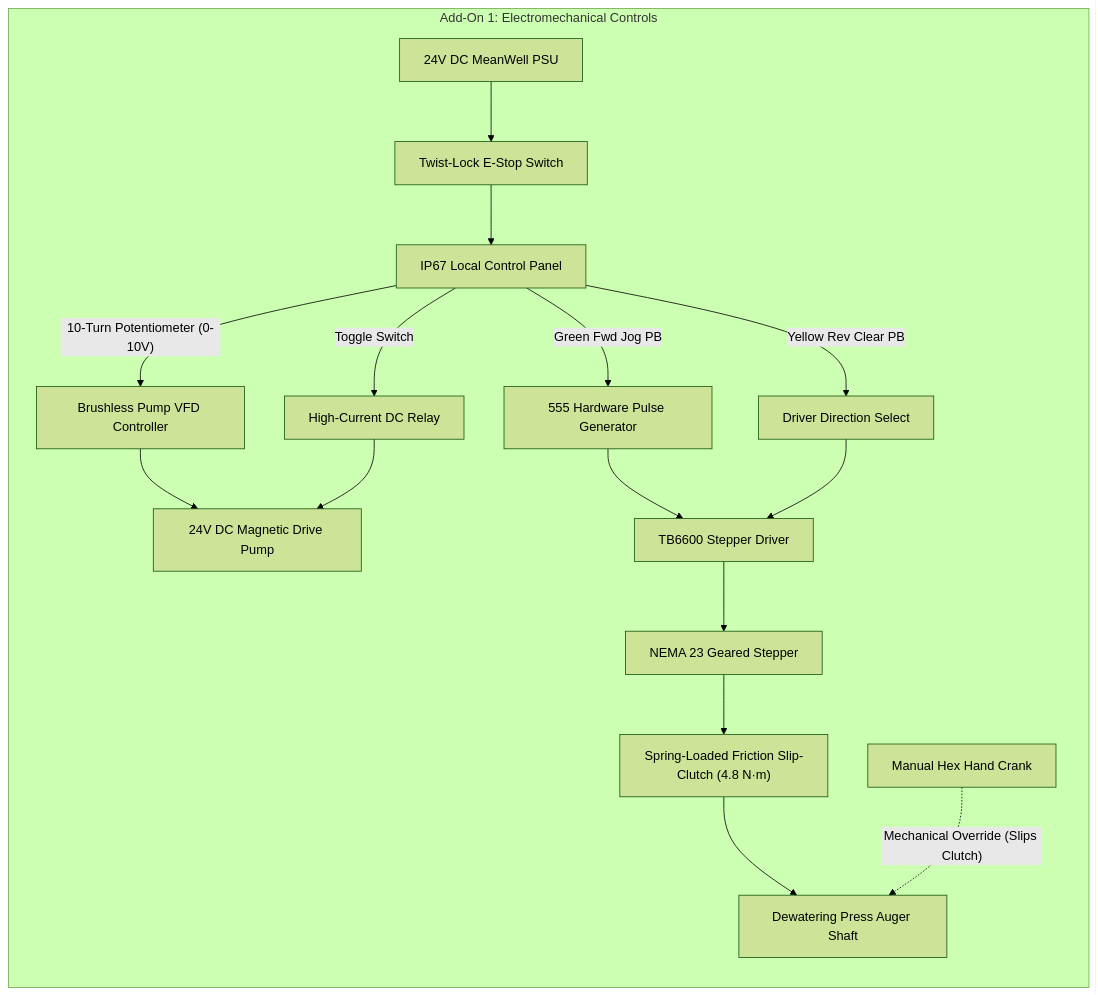
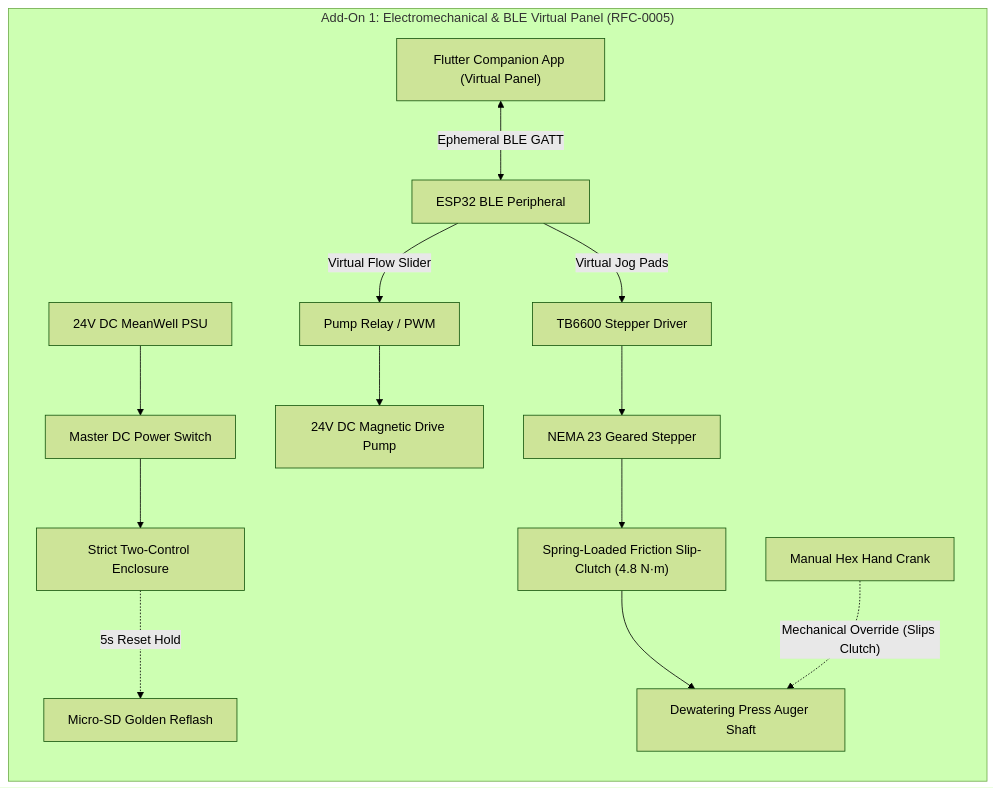
The second of 3 diagrams in src/content/docs/hardware/fluidic-skimmer-loop.mdx (SamSoupSauce/open-biosphere), drawn with Mermaid (forest theme) before and after one commit. The commit also changed other lines of this file and 14 other files, not shown here.

Commit message:
feat(rfc-0005): implement hardware interlocks & BLE virtual interface standard across machine catalog

````diff
--- a/src/content/docs/hardware/fluidic-skimmer-loop.mdx
+++ b/src/content/docs/hardware/fluidic-skimmer-loop.mdx
@@ -307,23 +300,20 @@
 ```mermaid
 flowchart LR
-    subgraph S2_Electrical["Add-On 1: Electromechanical Controls"]
-        PSU["24V DC MeanWell PSU"] --> EStop["Twist-Lock E-Stop Switch"]
-        EStop --> Panel["IP67 Local Control Panel"]
+    subgraph S2_Electrical["Add-On 1: Electromechanical & BLE Virtual Panel (RFC-0005)"]
+        PSU["24V DC MeanWell PSU"] --> MasterSW["Master DC Power Switch"]
+        MasterSW --> Box["Strict Two-Control Enclosure"]
         
-        Panel -->|"Toggle Switch"| Relay["High-Current DC Relay"]
-        Panel -->|"10-Turn Potentiometer (0-10V)"| VFD["Brushless Pump VFD Controller"]
-        VFD --> MagPump["24V DC Magnetic Drive Pump"]
-        Relay --> MagPump
+        App["Flutter Companion App (Virtual Panel)"] <-->|"Ephemeral BLE GATT"| BLE["ESP32 BLE Peripheral"]
+        Box -.->|"5s Reset Hold"| SDReset["Micro-SD Golden Reflash"]
         
-        Panel -->|"Green Fwd Jog PB"| PulseGen["555 Hardware Pulse Generator"]
-        Panel -->|"Yellow Rev Clear PB"| DirPin["Driver Direction Select"]
-        PulseGen --> TB6600["TB6600 Stepper Driver"]
-        DirPin --> TB6600
+        BLE -->|"Virtual Flow Slider"| Relay["Pump Relay / PWM"]
+        Relay --> MagPump["24V DC Magnetic Drive Pump"]
         
+        BLE -->|"Virtual Jog Pads"| TB6600["TB6600 Stepper Driver"]
         TB6600 --> NEMA23["NEMA 23 Geared Stepper"]
         NEMA23 --> Clutch["Spring-Loaded Friction Slip-Clutch (4.8 N·m)"]
         Clutch --> Auger["Dewatering Press Auger Shaft"]
         
         HandCrank["Manual Hex Hand Crank"] -.->|"Mechanical Override (Slips Clutch)"| Auger
     end
 ```
````
